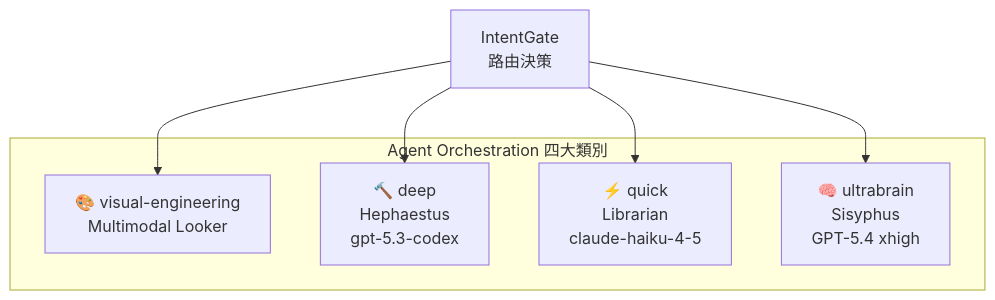
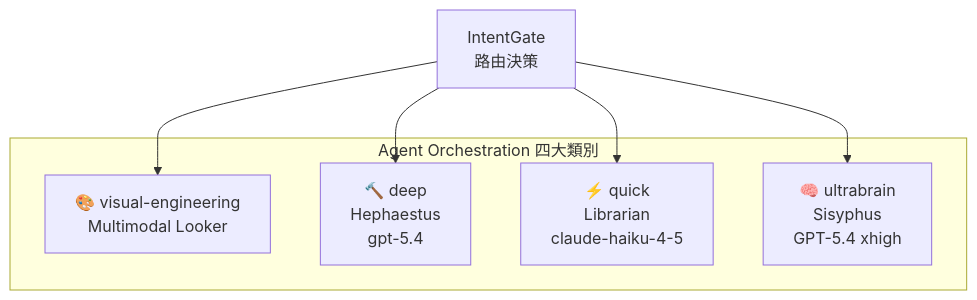
Diagram 32 of 50 in content/posts/教學/AI開發/opencode生態系教學手冊.md (chihhung/Blog), drawn with Mermaid before and after one commit. The commit also changed other lines of this file and 3 other files, not shown here.

````diff
--- a/content/posts/教學/AI開發/opencode生態系教學手冊.md
+++ b/content/posts/教學/AI開發/opencode生態系教學手冊.md
@@ -5702,15 +5633,15 @@
 ```mermaid
 graph TB
     subgraph "Agent Orchestration 四大類別"
         VE["🎨 visual-engineering<br/>Multimodal Looker"]
-        Deep["🔨 deep<br/>Hephaestus<br/>gpt-5.3-codex"]
+        Deep["🔨 deep<br/>Hephaestus<br/>gpt-5.4"]
         Quick["⚡ quick<br/>Librarian<br/>claude-haiku-4-5"]
         Ultra["🧠 ultrabrain<br/>Sisyphus<br/>GPT-5.4 xhigh"]
     end
 
     Router["IntentGate<br/>路由決策"]
     Router --> VE
     Router --> Deep
     Router --> Quick
     Router --> Ultra
 ```
````
